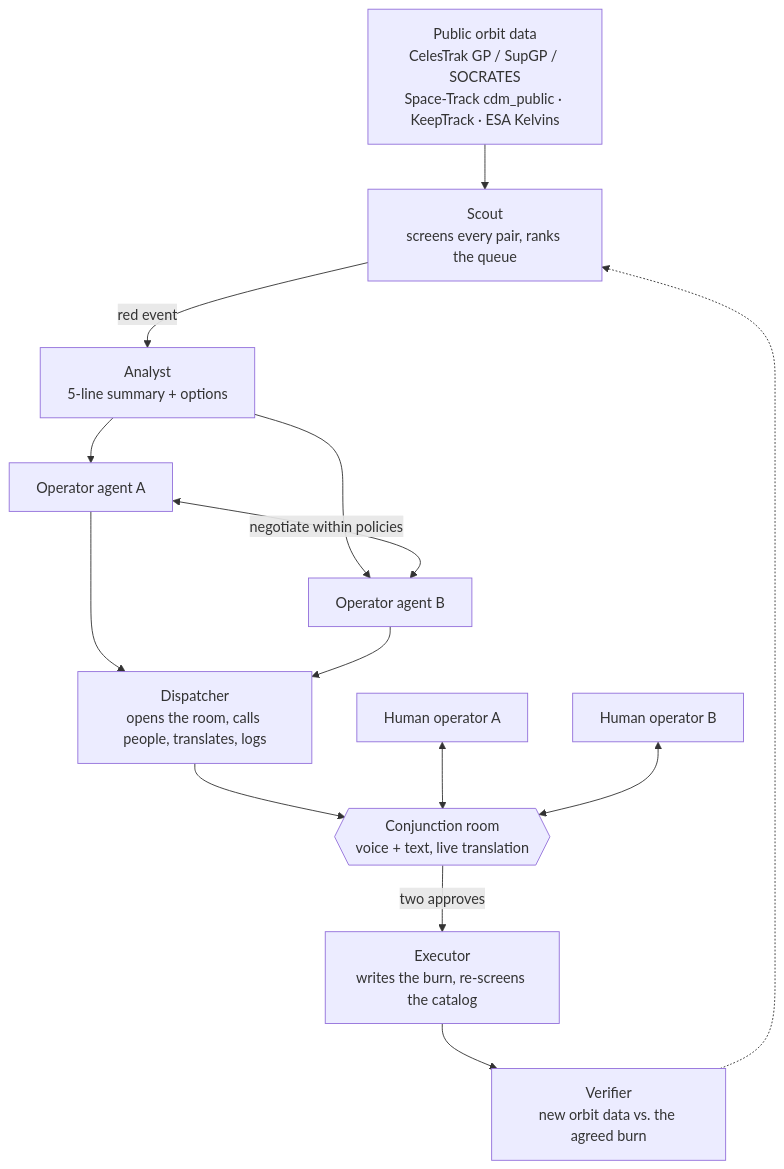
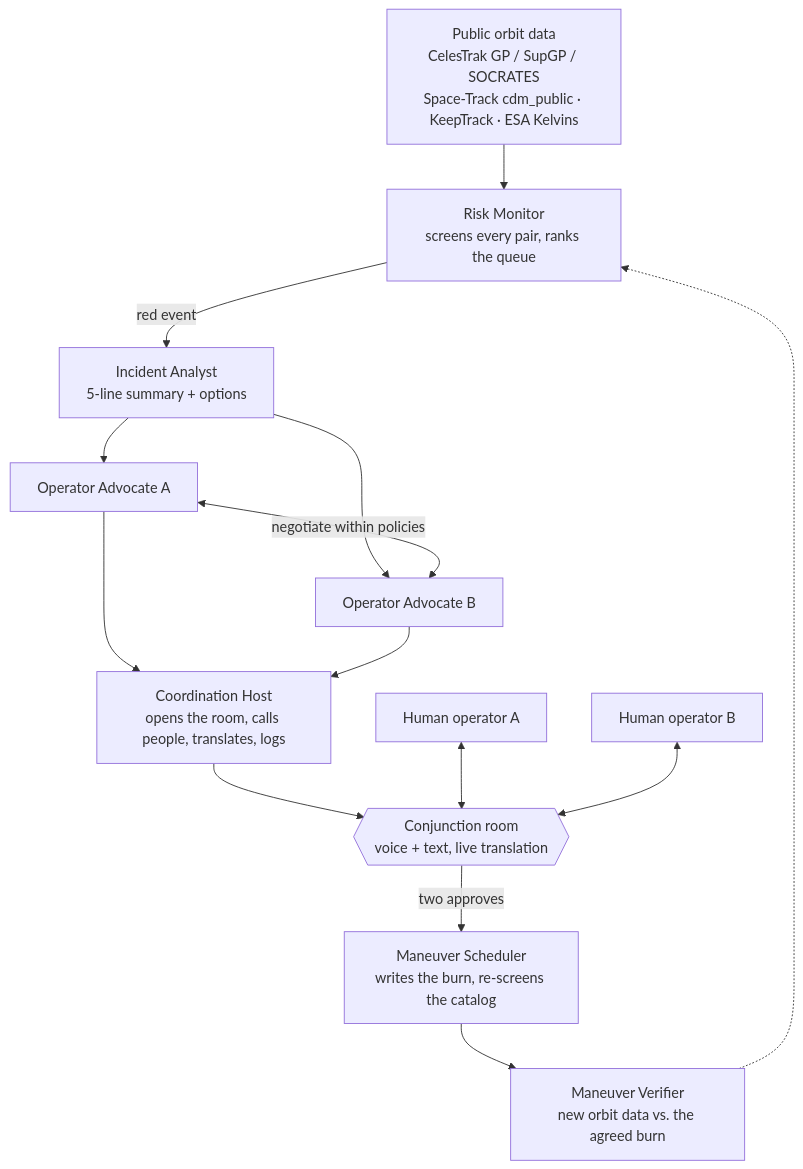
The diagram in README.md (ksavkin/OrbitCall), drawn with Mermaid before and after one commit. The commit also changed other lines of this file and 2 other files, not shown here.

````diff
--- a/README.md
+++ b/README.md
@@ -30,16 +30,16 @@
 ```mermaid
 flowchart TD
-    D["Public orbit data<br/>CelesTrak GP / SupGP / SOCRATES<br/>Space-Track cdm_public · KeepTrack · ESA Kelvins"] --> S[Scout<br/>screens every pair, ranks the queue]
-    S -- "red event" --> AN[Analyst<br/>5-line summary + options]
-    AN --> OA[Operator agent A]
-    AN --> OB[Operator agent B]
+    D["Public orbit data<br/>CelesTrak GP / SupGP / SOCRATES<br/>Space-Track cdm_public · KeepTrack · ESA Kelvins"] --> S[Risk Monitor<br/>screens every pair, ranks the queue]
+    S -- "red event" --> AN[Incident Analyst<br/>5-line summary + options]
+    AN --> OA[Operator Advocate A]
+    AN --> OB[Operator Advocate B]
     OA <-- "negotiate within policies" --> OB
-    OA --> DI[Dispatcher<br/>opens the room, calls people, translates, logs]
+    OA --> DI[Coordination Host<br/>opens the room, calls people, translates, logs]
     OB --> DI
     DI --> R{{"Conjunction room<br/>voice + text, live translation"}}
     HA[Human operator A] <--> R
     HB[Human operator B] <--> R
-    R -- "two approves" --> EX[Executor<br/>writes the burn, re-screens the catalog]
-    EX --> VE[Verifier<br/>new orbit data vs. the agreed burn]
+    R -- "two approves" --> EX[Maneuver Scheduler<br/>writes the burn, re-screens the catalog]
+    EX --> VE[Maneuver Verifier<br/>new orbit data vs. the agreed burn]
     VE -.-> S
 ```
````
